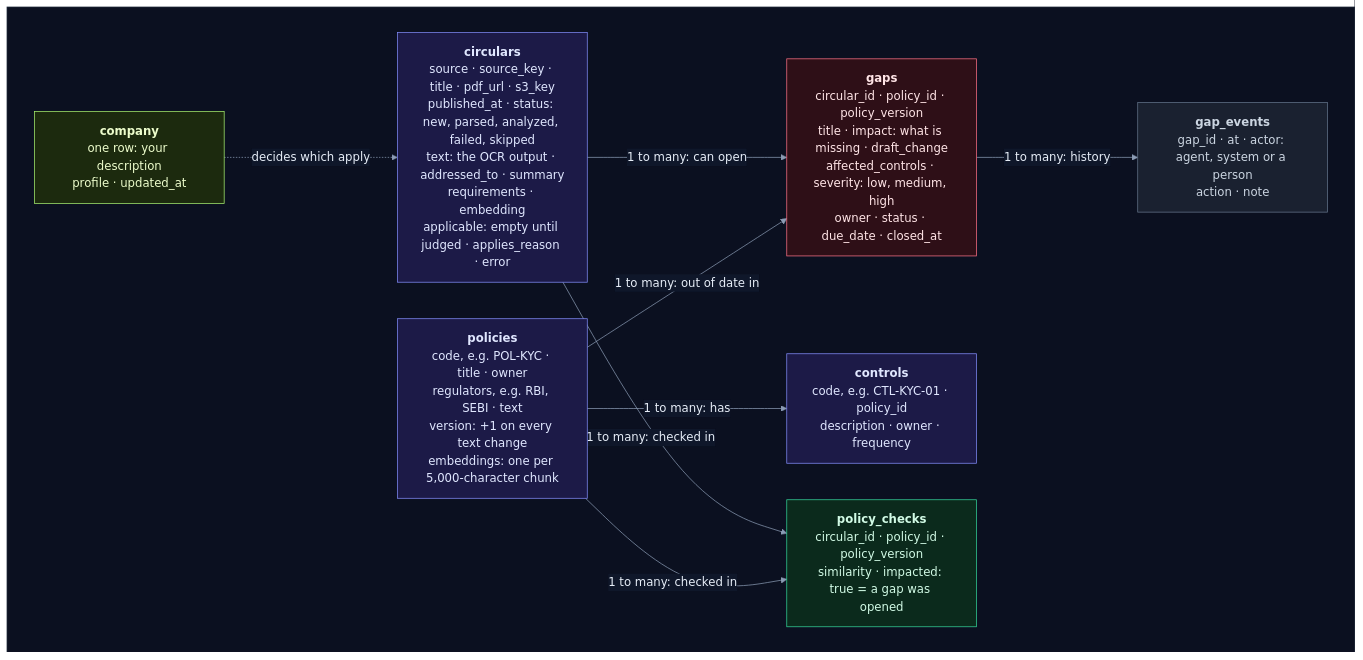
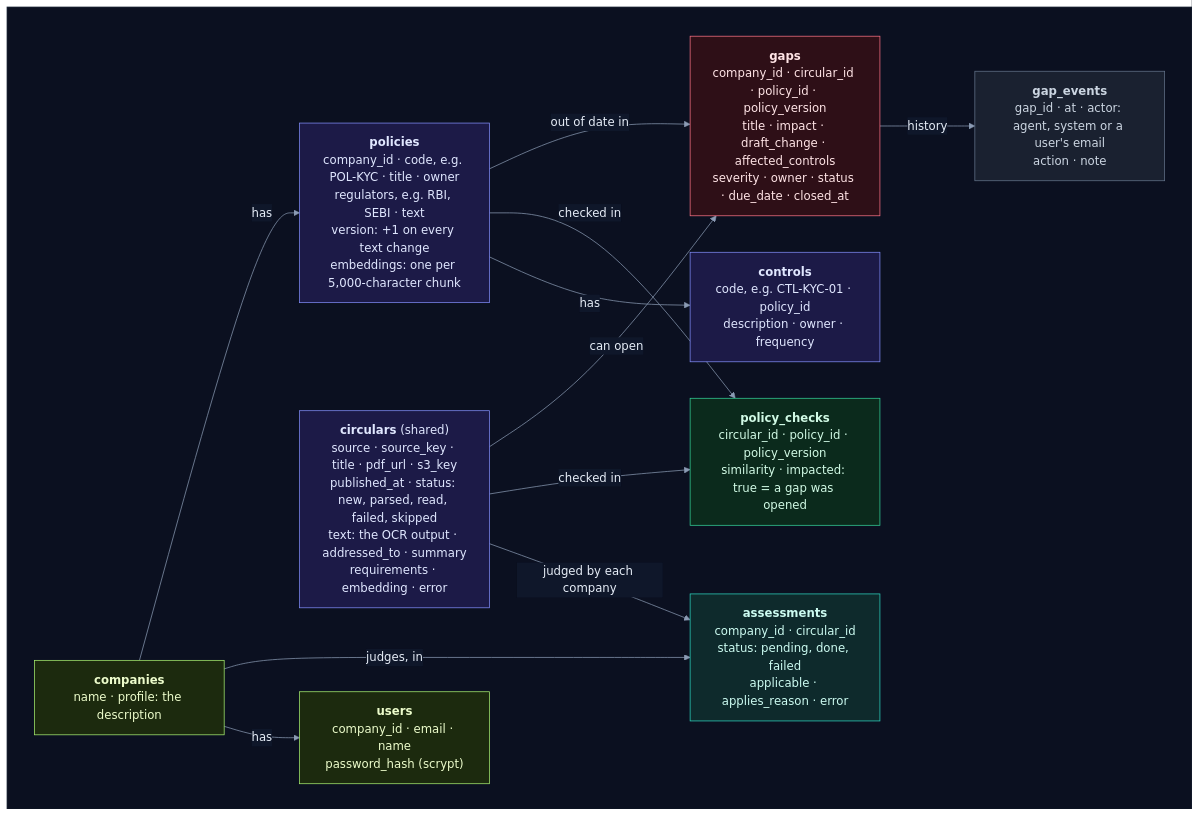
Diagram 16 of 22 in how_it_works.md (selvakumarperumal/Regulatory_Circular_Impact_Agent), drawn with Mermaid before and after one commit. The commit also changed other lines of this file and 8 other files, not shown here.

Commit message:
Document the task queue and multi-company design

````diff
--- a/how_it_works.md
+++ b/how_it_works.md
@@ -1271,37 +1058,43 @@
 ```mermaid
 %%{init: {"theme": "base", "flowchart": {"diagramPadding": 0}, "themeVariables": {"darkMode": true, "primaryColor": "#16213a", "primaryTextColor": "#e6edf7", "primaryBorderColor": "#475a7a", "lineColor": "#8b9bb4", "secondaryColor": "#1b2436", "tertiaryColor": "#101a2e", "edgeLabelBackground": "#0f172a", "textColor": "#e2e8f0", "clusterBkg": "#0f1728", "clusterBorder": "#2b3a55", "titleColor": "#c4b5fd", "nodeTextColor": "#e6edf7"}}}%%
 flowchart LR
     subgraph canvas[" "]
         direction LR
-        CO["<b>company</b><br/>one row: your description<br/>profile · updated_at"]
-        CI["<b>circulars</b><br/>source · source_key · title · pdf_url · s3_key<br/>published_at · status: new, parsed, analyzed, failed, skipped<br/>text: the OCR output · addressed_to · summary<br/>requirements · embedding<br/>applicable: empty until judged · applies_reason · error"]
-        PO["<b>policies</b><br/>code, e.g. POL-KYC · title · owner<br/>regulators, e.g. RBI, SEBI · text<br/>version: +1 on every text change<br/>embeddings: one per 5,000-character chunk"]
+        CO["<b>companies</b><br/>name · profile: the description"]
+        US["<b>users</b><br/>company_id · email · name<br/>password_hash (scrypt)"]
+        CI["<b>circulars</b> (shared)<br/>source · source_key · title · pdf_url · s3_key<br/>published_at · status: new, parsed, read, failed, skipped<br/>text: the OCR output · addressed_to · summary<br/>requirements · embedding · error"]
+        AS["<b>assessments</b><br/>company_id · circular_id<br/>status: pending, done, failed<br/>applicable · applies_reason · error"]
+        PO["<b>policies</b><br/>company_id · code, e.g. POL-KYC · title · owner<br/>regulators, e.g. RBI, SEBI · text<br/>version: +1 on every text change<br/>embeddings: one per 5,000-character chunk"]
         CT["<b>controls</b><br/>code, e.g. CTL-KYC-01 · policy_id<br/>description · owner · frequency"]
         PC["<b>policy_checks</b><br/>circular_id · policy_id · policy_version<br/>similarity · impacted: true = a gap was opened"]
-        GA["<b>gaps</b><br/>circular_id · policy_id · policy_version<br/>title · impact: what is missing · draft_change<br/>affected_controls · severity: low, medium, high<br/>owner · status · due_date · closed_at"]
-        GE["<b>gap_events</b><br/>gap_id · at · actor: agent, system or a person<br/>action · note"]
-        CO -.->|"decides which apply"| CI
-        CI -->|"1 to many: can open"| GA
-        PO -->|"1 to many: out of date in"| GA
-        PO -->|"1 to many: has"| CT
-        GA -->|"1 to many: history"| GE
-        CI -->|"1 to many: checked in"| PC
-        PO -->|"1 to many: checked in"| PC
+        GA["<b>gaps</b><br/>company_id · circular_id · policy_id · policy_version<br/>title · impact · draft_change · affected_controls<br/>severity · owner · status · due_date · closed_at"]
+        GE["<b>gap_events</b><br/>gap_id · at · actor: agent, system or a user's email<br/>action · note"]
+        CO -->|"has"| US
+        CO -->|"judges, in"| AS
+        CI -->|"judged by each company"| AS
+        CO -->|"has"| PO
+        PO -->|"has"| CT
+        CI -->|"checked in"| PC
+        PO -->|"checked in"| PC
+        PO -->|"out of date in"| GA
+        CI -->|"can open"| GA
+        GA -->|"history"| GE
     end
-
     classDef svc fill:#0e2a2c,stroke:#2dd4bf,color:#ccfbf1
     classDef data fill:#1c1a47,stroke:#818cf8,color:#e0e7ff
     classDef ext fill:#2a1640,stroke:#c084fc,color:#f3e8ff
     classDef gpu fill:#2d1b0c,stroke:#fb923c,color:#ffedd5
     classDef ask fill:#2a2410,stroke:#fbbf24,color:#fef3c7
     classDef ok fill:#0b2a1c,stroke:#34d399,color:#d1fae5
     classDef bad fill:#2e0f17,stroke:#fb7185,color:#ffe4e6
     classDef start fill:#1c2a0e,stroke:#a7ef6f,color:#ecfccb
     classDef muted fill:#1a2130,stroke:#64748b,color:#cbd5e1
-    class CO start
+    classDef queue fill:#0c2231,stroke:#38bdf8,color:#e0f2fe
+    class CO,US start
     class CI,PO,CT data
+    class AS svc
     class PC ok
     class GA bad
     class GE muted
     style canvas fill:#0b1020,stroke:#1e293b,color:#0b1020
 ```
````
